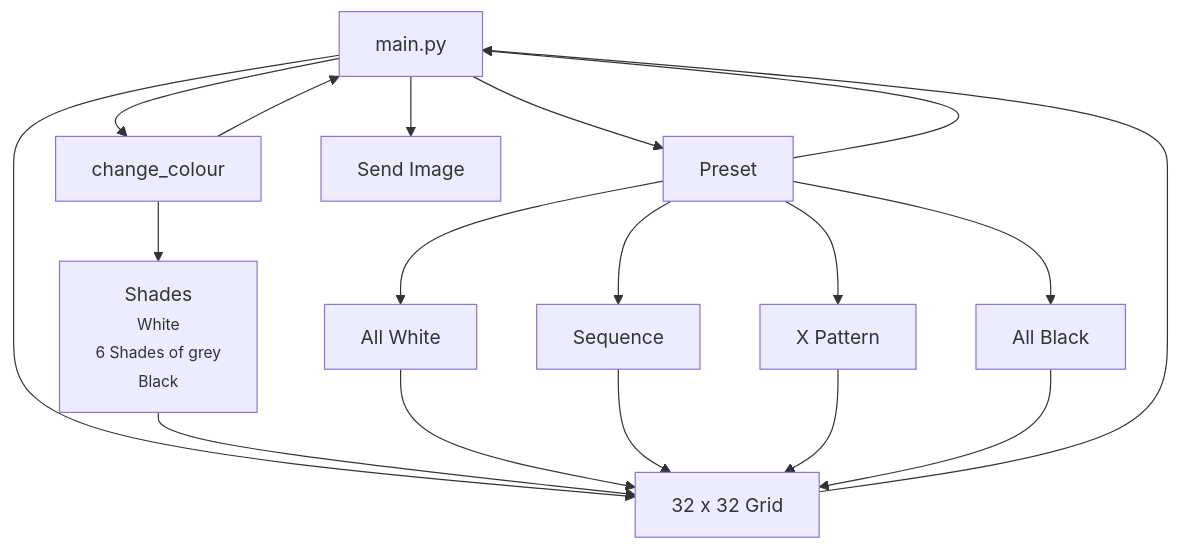
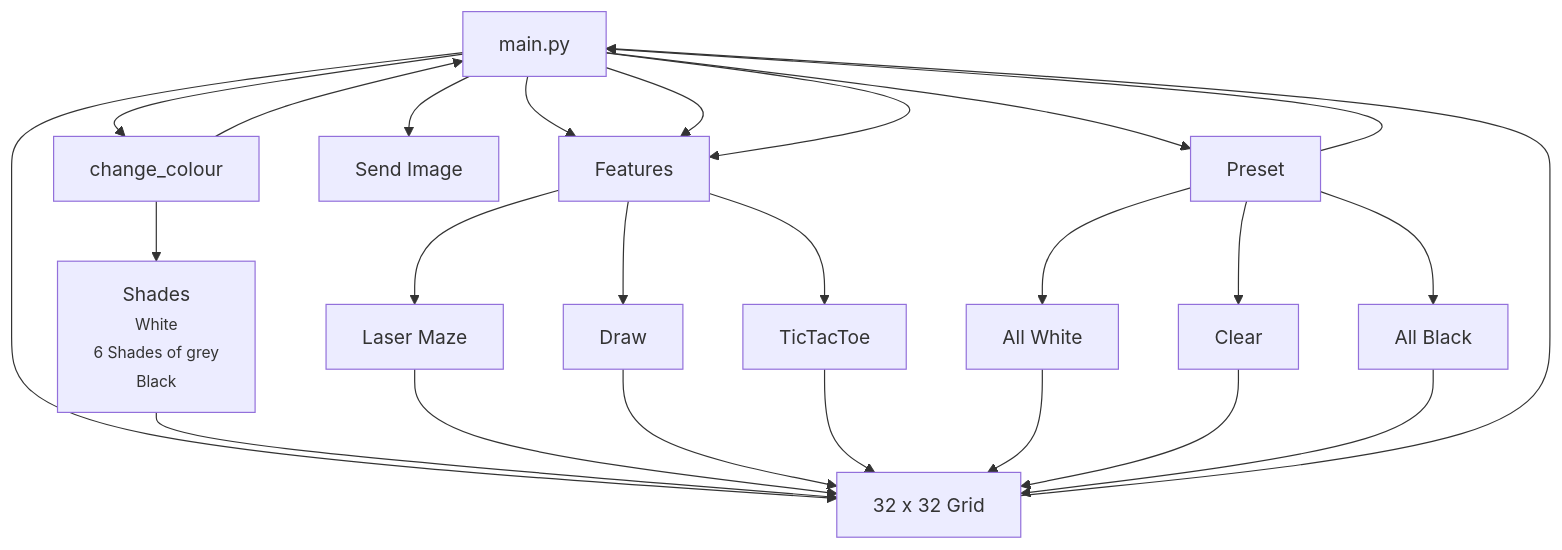
One commit to E1leenn/finalchallenge changed the second of 2 diagrams in README.md. Above: the diagram before and after it, drawn with Mermaid. The commit also changed other lines of this file and 7 other files, not shown here.

````diff
--- a/README.md
+++ b/README.md
@@ -31,20 +49,24 @@
 ```mermaid
 graph TD
 A[main.py] --> C[change_colour]
 C --> A
 C --> I[<font size = 3>Shades<br><font size=2>White<br>6 Shades of grey<br>Black]
 A --> B[32 x 32 Grid]
 I --> B
 A --> D[Preset]
 D --> A
 D --> E[All White]
 D --> F[All Black]
-D --> G[X Pattern]
-D --> H[Sequence]
+D --> G[Clear]
 A --> J[Send Image]
+A--> K[Features] --> L[TicTacToe]
+A--> K --> M[Draw]
+A --> K --> N[Laser Maze]
+N --> B
+M --> B
+L --> B
 E --> B
-H --> B
 G --> B
 F --> B
 B --> A
 ```
````
